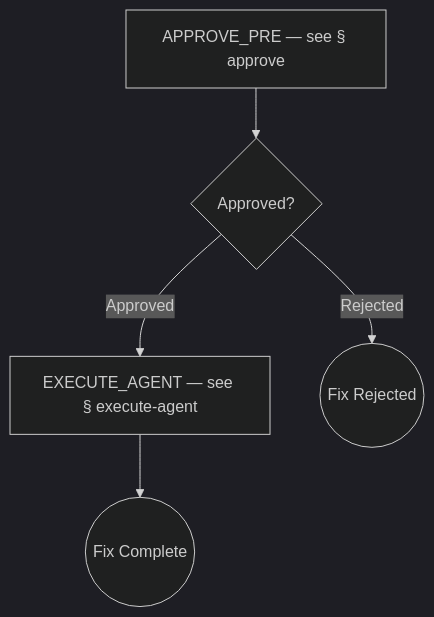
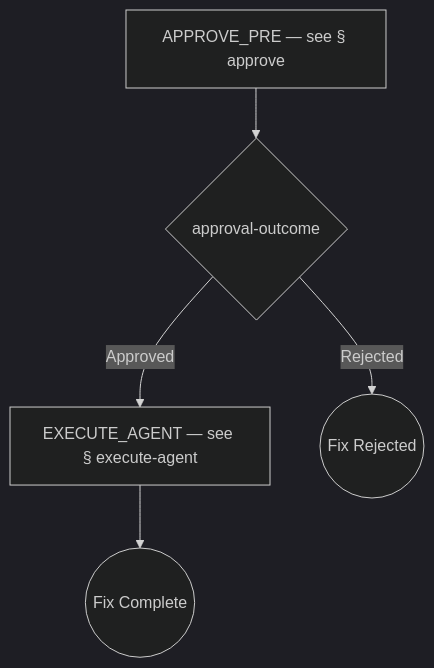
One commit to optivem/gh-optivem changed diagram 50 of 50 in docs/process-diagram.md. Above: the diagram before and after it, drawn with Mermaid (dark theme). The commit also changed other lines of this file and 3 other files, not shown here.

````diff
--- a/docs/process-diagram.md
+++ b/docs/process-diagram.md
@@ -830,13 +830,13 @@
 ```mermaid
 flowchart TD
     APPROVE_PRE[APPROVE_PRE — see § approve]
     EXECUTE_AGENT[EXECUTE_AGENT — see § execute-agent]
     FIX_END((Fix Complete))
     FIX_REJECTED_END((Fix Rejected))
-    GATE_APPROVED_PRE{Approved?}
+    GATE_APPROVED_PRE{approval-outcome}
 
     APPROVE_PRE --> GATE_APPROVED_PRE
     GATE_APPROVED_PRE -- Approved --> EXECUTE_AGENT
     GATE_APPROVED_PRE -- Rejected --> FIX_REJECTED_END
     EXECUTE_AGENT --> FIX_END
 ```
````
